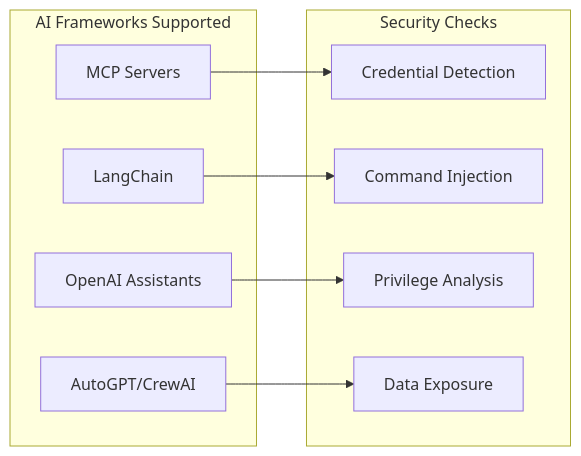
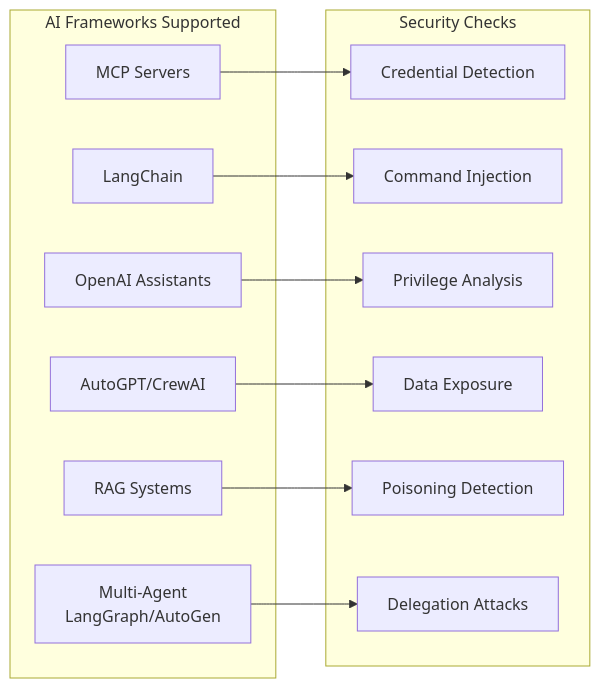
The first of 2 diagrams in README.md (IParikh1/secureagent), drawn with Mermaid before and after one commit. The commit also changed other lines of this file and 3 other files, not shown here.

First line of the commit message:
docs: add comprehensive documentation for RAG and multi-agent security features

````diff
--- a/README.md
+++ b/README.md
@@ -131,21 +134,27 @@
 ```mermaid
 graph LR
     subgraph "AI Frameworks Supported"
         MCP[MCP Servers]
         LC[LangChain]
         OAI[OpenAI Assistants]
         AUTO[AutoGPT/CrewAI]
+        RAG[RAG Systems]
+        MA[Multi-Agent<br/>LangGraph/AutoGen]
     end
 
     subgraph "Security Checks"
         CRED[Credential Detection]
         CMD[Command Injection]
         PRIV[Privilege Analysis]
         DATA[Data Exposure]
+        POISON[Poisoning Detection]
+        DELEG[Delegation Attacks]
     end
 
     MCP --> CRED
     LC --> CMD
     OAI --> PRIV
     AUTO --> DATA
+    RAG --> POISON
+    MA --> DELEG
 ```
````
